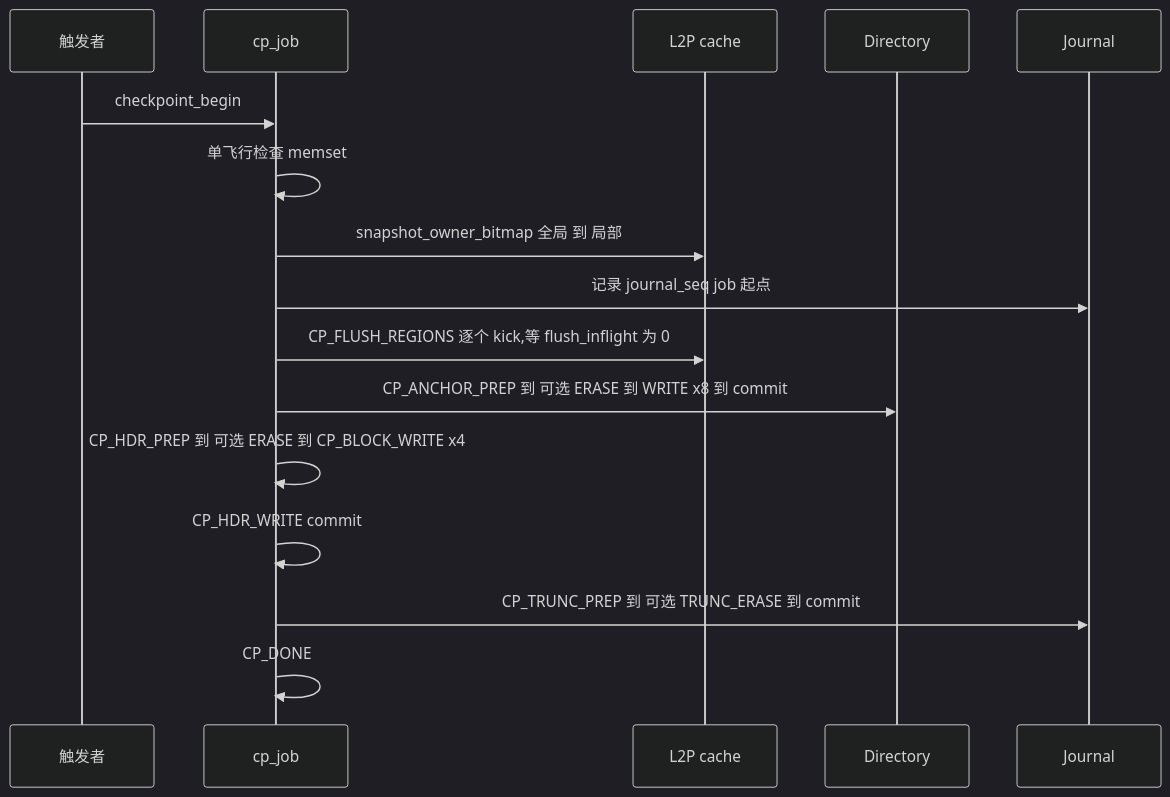
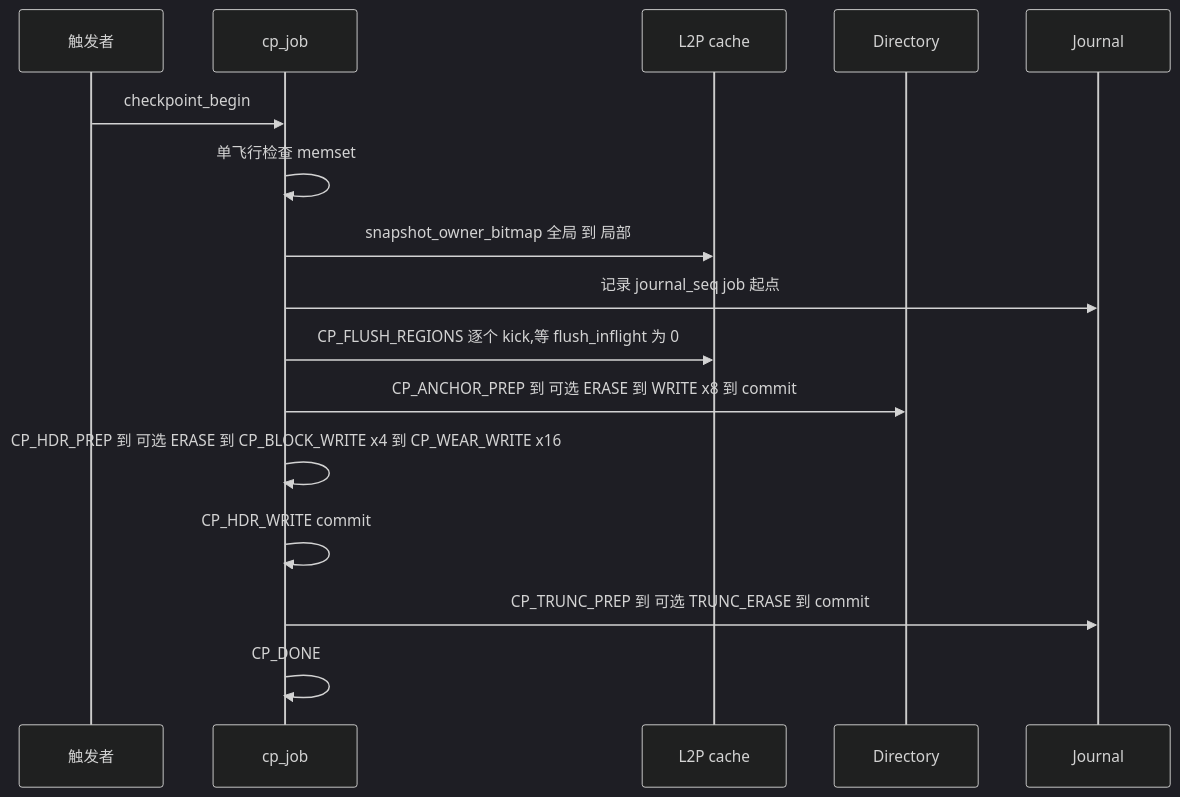
Diagram 29 of 32 in docs/design/ftl_design.md (YzYMIAO/BASESSD), drawn with Mermaid (dark theme) before and after one commit. The commit also changed other lines of this file and 1 other file, not shown here.

````diff
--- a/docs/design/ftl_design.md
+++ b/docs/design/ftl_design.md
@@ -3524,19 +3528,19 @@
 ```mermaid
 sequenceDiagram
     participant T as 触发者
     participant CP as cp_job
     participant L as L2P cache
     participant D as Directory
     participant J as Journal
 
     T->>CP: checkpoint_begin
     CP->>CP: 单飞行检查 memset
     CP->>L: snapshot_owner_bitmap 全局 到 局部
     CP->>J: 记录 journal_seq job 起点
     CP->>L: CP_FLUSH_REGIONS 逐个 kick,等 flush_inflight 为 0
     CP->>D: CP_ANCHOR_PREP 到 可选 ERASE 到 WRITE x8 到 commit
-    CP->>CP: CP_HDR_PREP 到 可选 ERASE 到 CP_BLOCK_WRITE x4
+    CP->>CP: CP_HDR_PREP 到 可选 ERASE 到 CP_BLOCK_WRITE x4 到 CP_WEAR_WRITE x16
     CP->>CP: CP_HDR_WRITE commit
     CP->>J: CP_TRUNC_PREP 到 可选 TRUNC_ERASE 到 commit
     CP->>CP: CP_DONE
 ```
````
